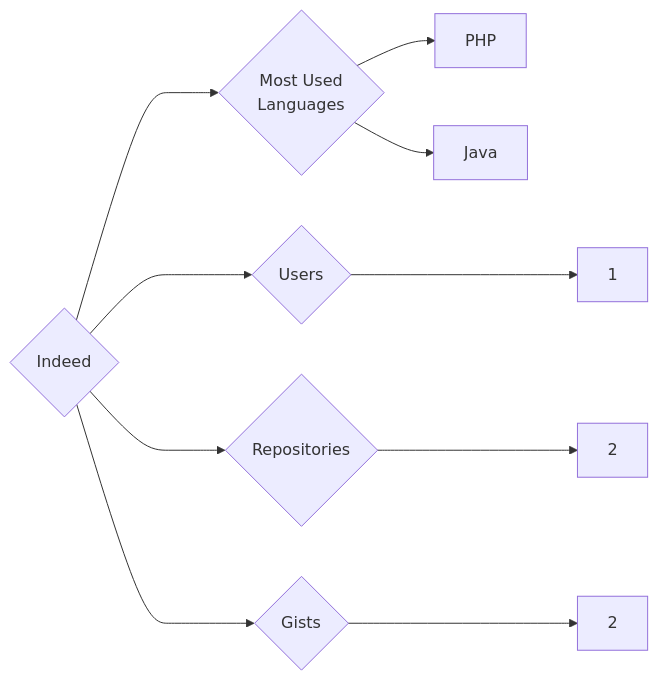
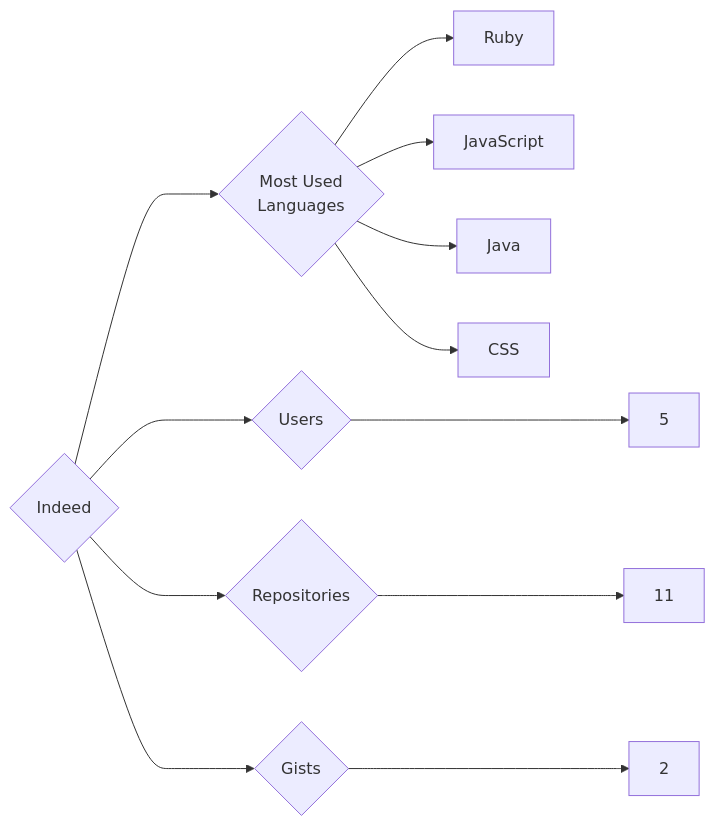
Before and after one commit to trickest/insiders: the diagram in targets/Indeed/README.md, drawn with Mermaid. The commit also changed 998 other files, not shown here.

````diff
--- a/targets/Indeed/README.md
+++ b/targets/Indeed/README.md
@@ -3,10 +3,12 @@
 ```mermaid
 graph LR
 COMPANY_NAME{Indeed}
-COMPANY_NAME ---> U{Users} ---> UN[1]
-COMPANY_NAME ---> R{Repositories} ---> RN[2]
+COMPANY_NAME ---> U{Users} ---> UN[5]
+COMPANY_NAME ---> R{Repositories} ---> RN[11]
 COMPANY_NAME ---> G{Gists} ---> GN[2]
 COMPANY_NAME ---> ML{Most Used<br>Languages}
-ML --> PHP[PHP]
+ML --> Ruby[Ruby]
+ML --> JavaScript[JavaScript]
 ML --> Java[Java]
+ML --> CSS[CSS]
 ```
````
